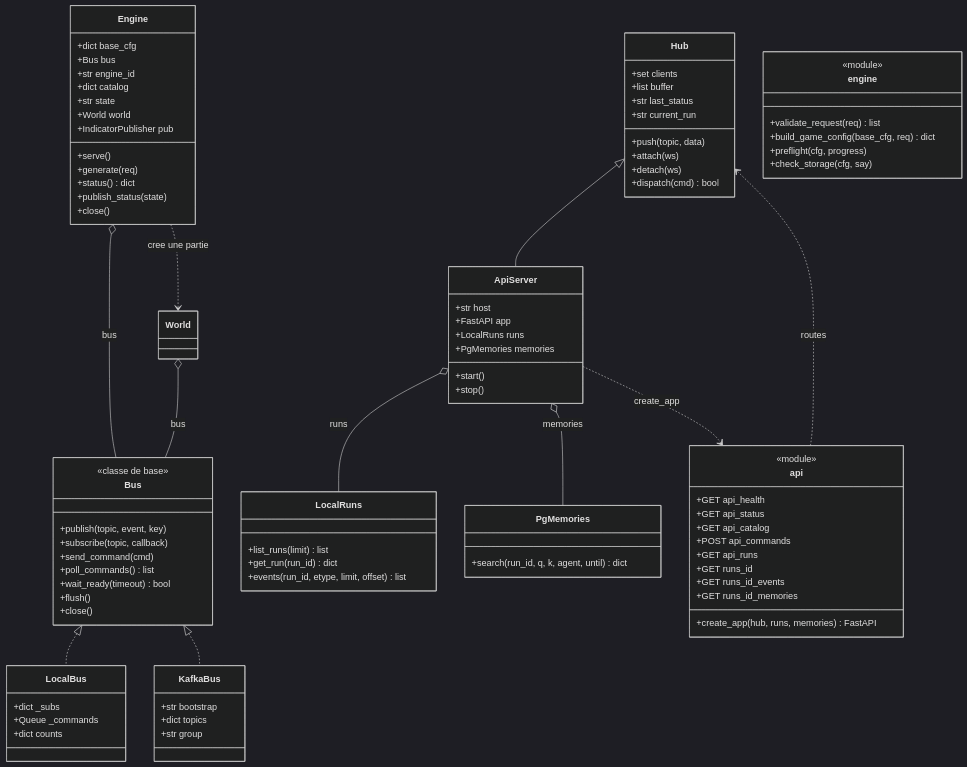
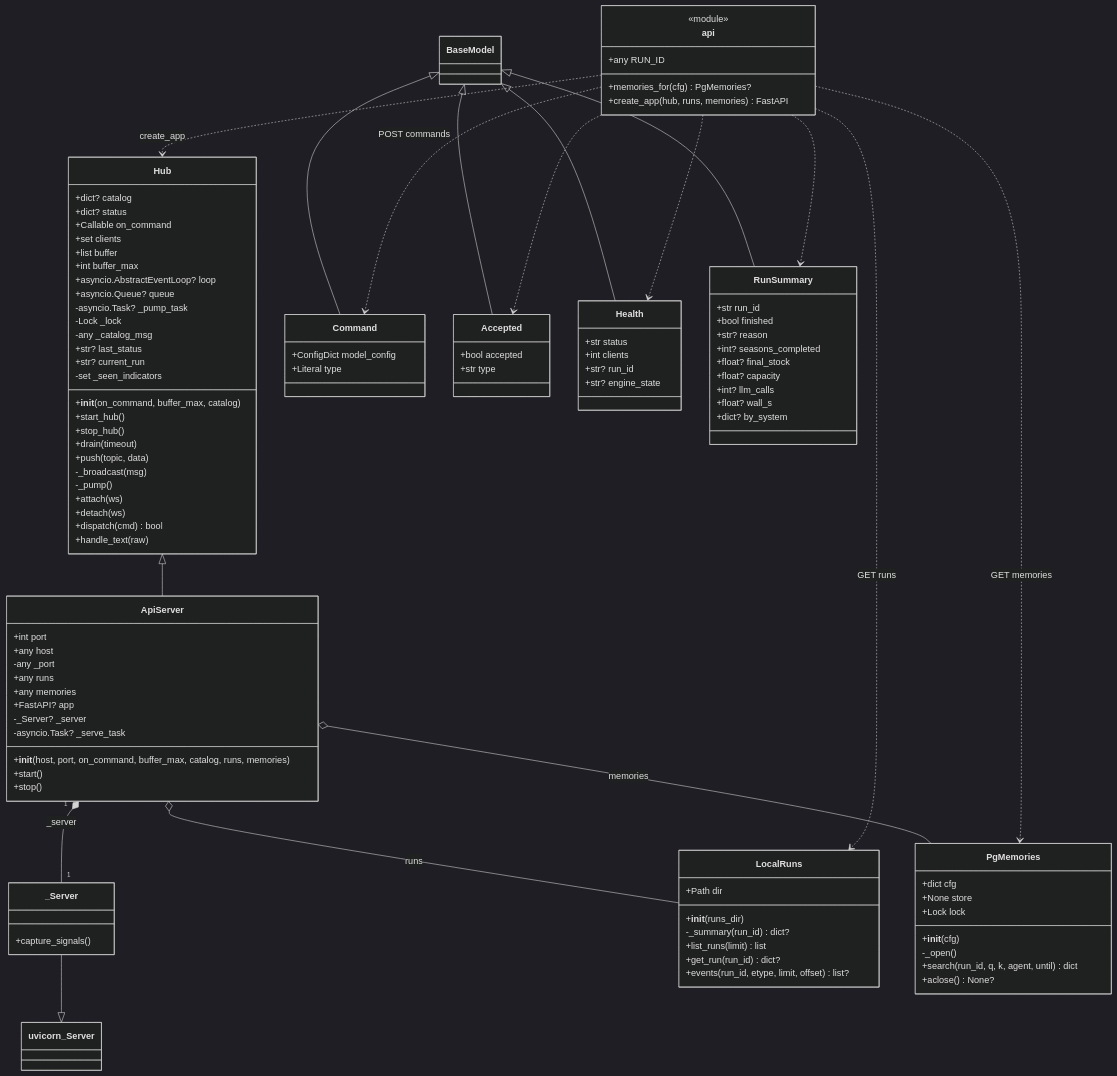
Before and after one commit to Romain-LM-Dev/Projet-Parcours---Filets-de-Vellmor: the second of 6 diagrams in docs/uml/classes-infrastructure.md, drawn with Mermaid (dark theme). The commit also changed other lines of this file and 11 other files, not shown here.

Commit message:
Docs : diagrammes UML complets (97 : chaque classe avec tous ses attributs et méthodes, World et WorldView en vues par domaine, 8 scénarios en séquence et en communication, ~95 cas d'utilisation) ; index dans le README ; PDF régénéré (125 pages) et son script docs/uml/build_pdf.py

````diff
--- a/docs/uml/classes-infrastructure.md
+++ b/docs/uml/classes-infrastructure.md
@@ -14,94 +158,112 @@
 ```mermaid
 classDiagram
-    class Engine {
-        +dict base_cfg
-        +Bus bus
-        +str engine_id
-        +dict catalog
-        +str state
-        +World world
-        +IndicatorPublisher pub
-        +serve()
-        +generate(req)
-        +status() dict
-        +publish_status(state)
-        +close()
-    }
-    class World
-    class Bus {
-        <<classe de base>>
-        +publish(topic, event, key)
-        +subscribe(topic, callback)
-        +send_command(cmd)
-        +poll_commands() list
-        +wait_ready(timeout) bool
-        +flush()
-        +close()
-    }
-    class LocalBus {
-        +dict _subs
-        +Queue _commands
-        +dict counts
-    }
-    class KafkaBus {
-        +str bootstrap
-        +dict topics
-        +str group
-    }
     class Hub {
+        +dict? catalog
+        +dict? status
+        +Callable on_command
         +set clients
         +list buffer
-        +str last_status
-        +str current_run
+        +int buffer_max
+        +asyncio.AbstractEventLoop? loop
+        +asyncio.Queue? queue
+        -asyncio.Task? _pump_task
+        -Lock _lock
+        -any _catalog_msg
+        +str? last_status
+        +str? current_run
+        -set _seen_indicators
+        +__init__(on_command, buffer_max, catalog)
+        +start_hub()
+        +stop_hub()
+        +drain(timeout)
         +push(topic, data)
+        -_broadcast(msg)
+        -_pump()
         +attach(ws)
         +detach(ws)
         +dispatch(cmd) bool
+        +handle_text(raw)
     }
     class ApiServer {
-        +str host
-        +FastAPI app
-        +LocalRuns runs
-        +PgMemories memories
+        +int port
+        +any host
+        -any _port
+        +any runs
+        +any memories
+        +FastAPI? app
+        -_Server? _server
+        -asyncio.Task? _serve_task
+        +__init__(host, port, on_command, buffer_max, catalog, runs, memories)
         +start()
         +stop()
     }
+    class _Server {
+        +capture_signals()
+    }
     class LocalRuns {
+        +Path dir
+        +__init__(runs_dir)
+        -_summary(run_id) dict?
         +list_runs(limit) list
-        +get_run(run_id) dict
-        +events(run_id, etype, limit, offset) list
+        +get_run(run_id) dict?
+        +events(run_id, etype, limit, offset) list?
     }
     class PgMemories {
+        +dict cfg
+        +None store
+        +Lock lock
+        +__init__(cfg)
+        -_open()
         +search(run_id, q, k, agent, until) dict
+        +aclose() None?
+    }
+    class Command {
+        +ConfigDict model_config
+        +Literal type
+    }
+    class Accepted {
+        +bool accepted
+        +str type
+    }
+    class Health {
+        +str status
+        +int clients
+        +str? run_id
+        +str? engine_state
+    }
+    class RunSummary {
+        +str run_id
+        +bool finished
+        +str? reason
+        +int? seasons_completed
+        +float? final_stock
+        +float? capacity
+        +int? llm_calls
+        +float? wall_s
+        +dict? by_system
     }
     class api {
         <<module>>
+        +any RUN_ID
+        +memories_for(cfg) PgMemories?
         +create_app(hub, runs, memories) FastAPI
-        +GET api_health
-        +GET api_status
-        +GET api_catalog
-        +POST api_commands
-        +GET api_runs
-        +GET runs_id
-        +GET runs_id_events
-        +GET runs_id_memories
     }
-    class engine {
-        <<module>>
-        +validate_request(req) list
-        +build_game_config(base_cfg, req) dict
-        +preflight(cfg, progress)
-        +check_storage(cfg, say)
-    }
-
-    Bus <|.. LocalBus
-    Bus <|.. KafkaBus
+    class BaseModel
+    class uvicorn_Server
     Hub <|-- ApiServer
-    Engine o-- Bus : bus
-    Engine ..> World : cree une partie
-    World o-- Bus : bus
+    ApiServer "1" *-- "1" _Server : _server
+    _Server --|> uvicorn_Server
     ApiServer o-- LocalRuns : runs
     ApiServer o-- PgMemories : memories
-    ApiServer ..> api : create_app
-    api ..> Hub : routes
+    BaseModel <|-- Command
+    BaseModel <|-- Accepted
+    BaseModel <|-- Health
+    BaseModel <|-- RunSummary
+    api ..> Hub : create_app
+    api ..> Command : POST commands
+    api ..> Accepted
+    api ..> Health
+    api ..> RunSummary
+    api ..> LocalRuns : GET runs
+    api ..> PgMemories : GET memories
 ```
````
